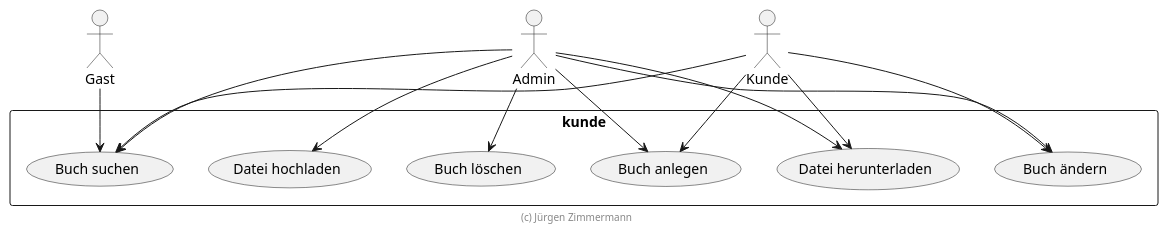
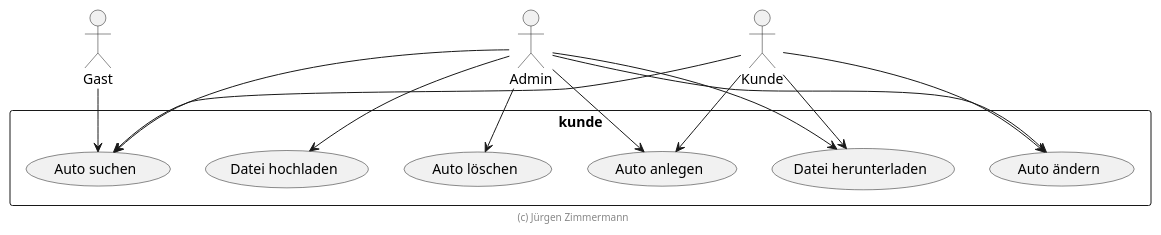
One commit to jensettl/nest_swe changed the diagram in extras/doc/entwicklerhandbuch/use-cases.puml. Above: the diagram before and after it, drawn with PlantUML. The commit also changed 152 other files, not shown here.

```diff
--- a/extras/doc/entwicklerhandbuch/use-cases.puml
+++ b/extras/doc/entwicklerhandbuch/use-cases.puml
@@ -15,23 +15,23 @@
 @startuml Use Cases
 
 actor Gast
 actor Admin
 actor Kunde
 
 rectangle kunde {
-    Gast --> (Buch suchen)
-    Admin --> (Buch suchen)
-    Admin --> (Buch anlegen)
-    Admin --> (Buch ändern)
-    Admin --> (Buch löschen)
+    Gast --> (Auto suchen)
+    Admin --> (Auto suchen)
+    Admin --> (Auto anlegen)
+    Admin --> (Auto ändern)
+    Admin --> (Auto löschen)
     Admin --> (Datei hochladen)
     Admin --> (Datei herunterladen)
-    Kunde --> (Buch suchen)
-    Kunde --> (Buch anlegen)
-    Kunde --> (Buch ändern)
+    Kunde --> (Auto suchen)
+    Kunde --> (Auto anlegen)
+    Kunde --> (Auto ändern)
     Kunde --> (Datei herunterladen)
 }
 
 footer (c) Jürgen Zimmermann
 
 @enduml
```
